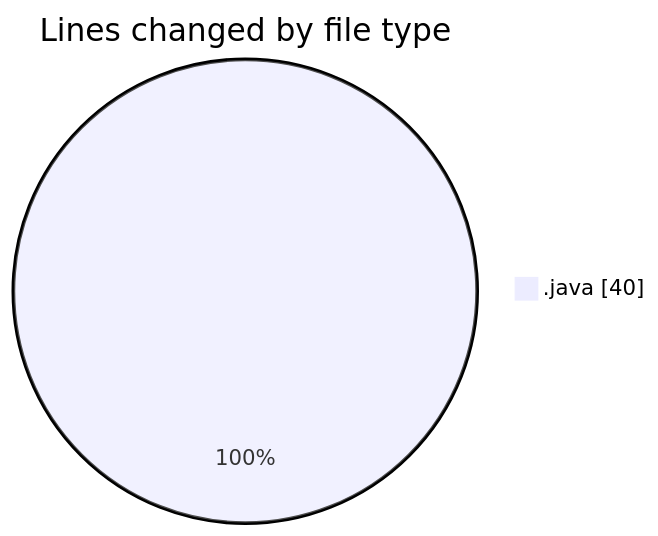
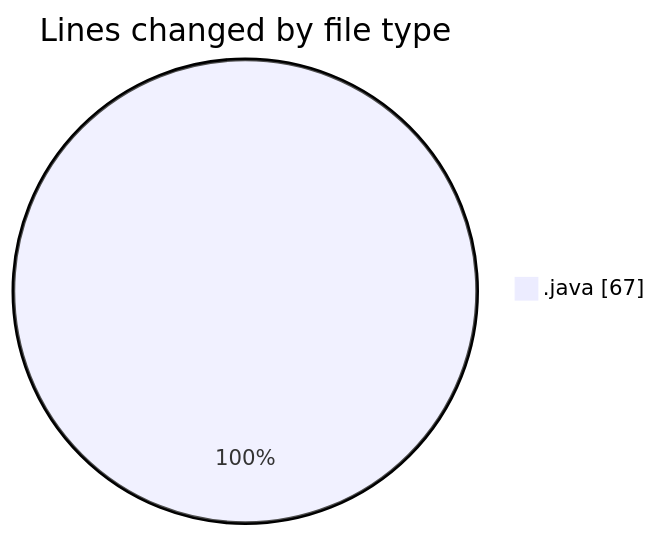
Before and after one commit to NitaiMahat/code-tracking: the first of 2 diagrams in 2025-03-22/startfiles/README.md, drawn with Mermaid. The commit also changed other lines of this file and 1 other file, not shown here.

````diff
--- a/2025-03-22/startfiles/README.md
+++ b/2025-03-22/startfiles/README.md
@@ -20,5 +20,5 @@
 ```mermaid
 pie showData
 title Lines changed by file type
-".java" : 40
+".java" : 67
 ```
````
